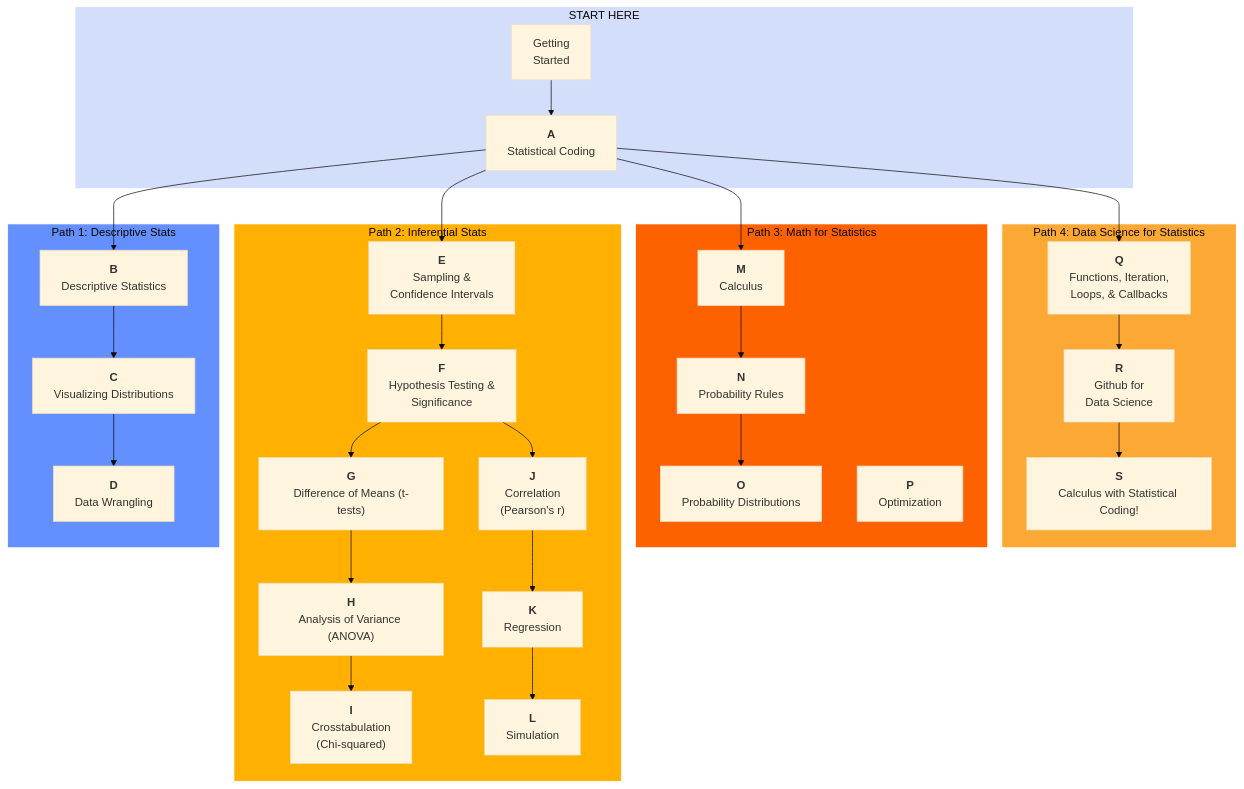
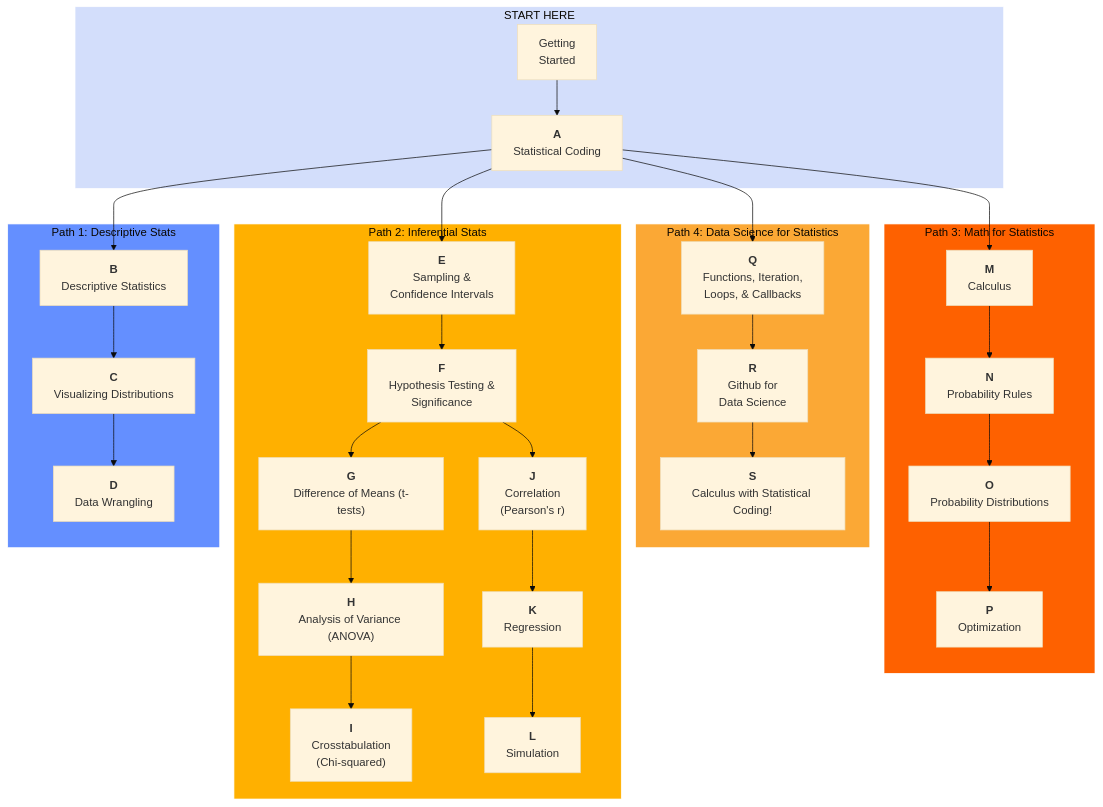
Before and after one commit to timothyfraser/stats_bootcamp: the diagram in README.md, drawn with Mermaid (base theme).

````diff
--- a/README.md
+++ b/README.md
@@ -85,68 +85,68 @@
 ```mermaid
 flowchart TD
 
 
 subgraph p0["START HERE"]
     Z["Getting<br>Started"]
     A["<b>A</b><br>Statistical Coding"]
 end
 
 subgraph p4["Path 4: Data Science for Statistics"]
     Q["<b>Q</b><br>Functions, Iteration,<br>Loops, & Callbacks"]
     R["<b>R</b><br>Github for<br>Data Science"]
     S["<b>S</b><br>Calculus with Statistical Coding!"]
 end
 
 subgraph p3["Path 3: Math for Statistics"]
     M["<b>M</b><br>Calculus"]
     N["<b>N</b><br>Probability Rules"]
     O["<b>O</b><br>Probability Distributions"]
     P["<b>P</b><br>Optimization"]
 end
 
 subgraph p2["Path 2: Inferential Stats"]
     E["<b>E</b><br>Sampling &<br>Confidence Intervals"]
     F["<b>F</b><br>Hypothesis Testing &<br>Significance"]
     G["<b>G</b><br>Difference of Means (t-tests)"]
     H["<b>H</b><br>Analysis of Variance (ANOVA)"]
     I["<b>I</b><br>Crosstabulation<br>(Chi-squared)"]
     J["<b>J</b><br>Correlation<br>(Pearson's r)"]
     K["<b>K</b><br>Regression"]
     L["<b>L</b><br>Simulation"]
 end
 
 subgraph p1["Path 1: Descriptive Stats"]
     B["<b>B</b><br>Descriptive Statistics"]
     C["<b>C</b><br>Visualizing Distributions"]
     D["<b>D</b><br>Data Wrangling"]
 end
 
 
 
 Z --> A
 A --> B --> C --> D
 A --> E --> F --> G --> H --> I
 F --> J --> K --> L
-A --> M --> N --> O 
+A --> M --> N --> O --> P
 A --> Q --> R --> S
 
 
 %%class Z,A path0;
 %%class B,C,D path1;
 %%class E,F,G,H,I,J,K,L path2;
 %%class M,N,O,P,Q,R path3;
 
 class p0 path0;
 class p1 path1;
 class p2 path2;
 class p3 path3;
 class p4 path4;
 
 classDef path0 fill:#D3DEFB,stroke:#FFFFFF;
 classDef path1 fill:#648FFF,stroke:#FFFFFF;
 classDef path2 fill:#FFB000,stroke:#FFFFFF;
 classDef path3 fill:#FE6100,stroke:#FFFFFF;
 classDef path4 fill:#fba835,stroke:#FFFFFF;
 
 
 ```
````
